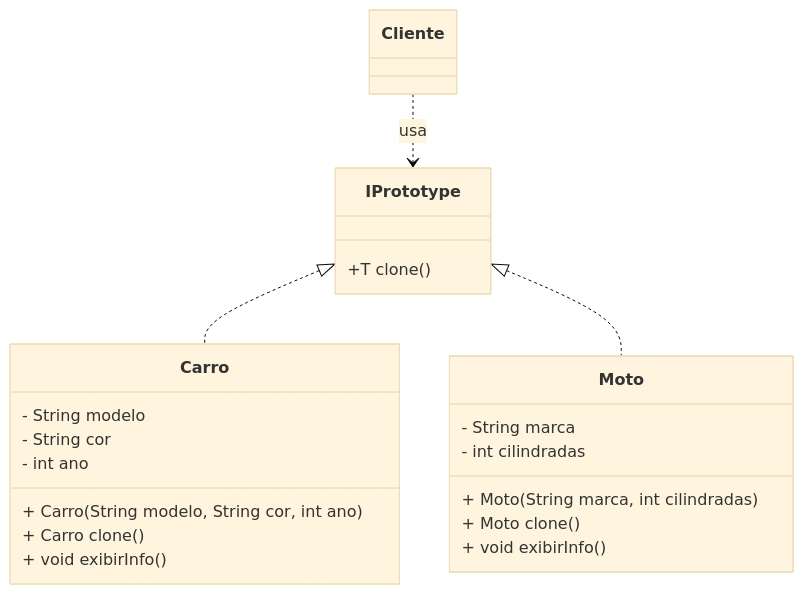
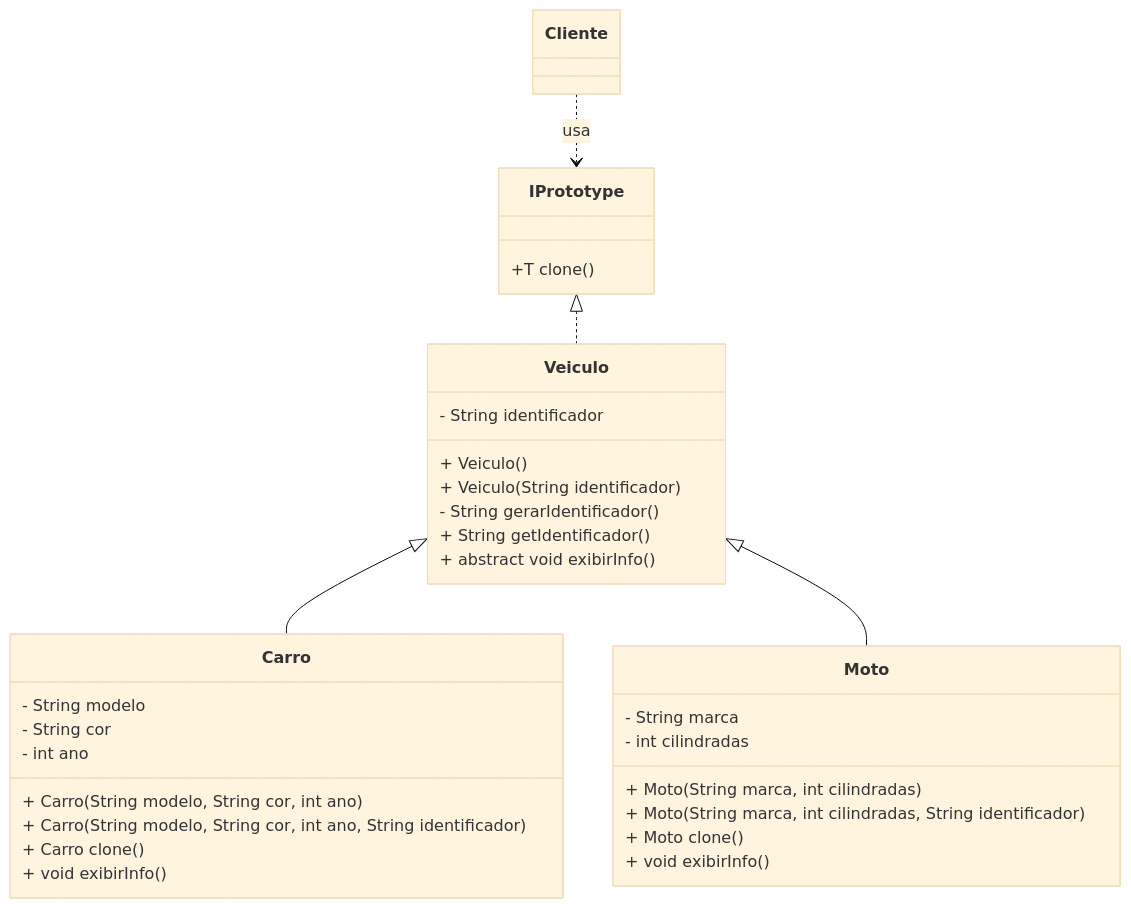
The third of 3 diagrams in README.md (20242-ifba-saj-ads-ppr/seminario-ppr-criacional-prototype-equipeAbstractFactory), drawn with Mermaid (base theme) before and after one commit. The commit also changed other lines of this file, not shown here.

Commit message:
feat: adiciona heranca nos veiculos e identificador

````diff
--- a/README.md
+++ b/README.md
@@ -583,30 +583,42 @@
 ```mermaid
 classDiagram
-    class IPrototype{
+    class IPrototype {
         +T clone()
+    }
+
+    class Veiculo {
+        - String identificador
+        + Veiculo()
+        + Veiculo(String identificador)
+        - String gerarIdentificador()
+        + String getIdentificador()
+        + abstract void exibirInfo()
     }
 
     class Carro {
         - String modelo
         - String cor
         - int ano
-        + Carro (String modelo, String cor, int ano)
+        + Carro(String modelo, String cor, int ano)
+        + Carro(String modelo, String cor, int ano, String identificador)
         + Carro clone()
         + void exibirInfo()
     }
 
     class Moto {
         - String marca
         - int cilindradas
-        + Moto (String marca, int cilindradas)
+        + Moto(String marca, int cilindradas)
+        + Moto(String marca, int cilindradas, String identificador)
         + Moto clone()
         + void exibirInfo()
     }
 
     class Cliente {
     }
 
-    IPrototype <|.. Carro
-    IPrototype <|.. Moto
+    IPrototype <|.. Veiculo
+    Veiculo <|-- Carro
+    Veiculo <|-- Moto
     Cliente ..> IPrototype : usa
 ```
````
